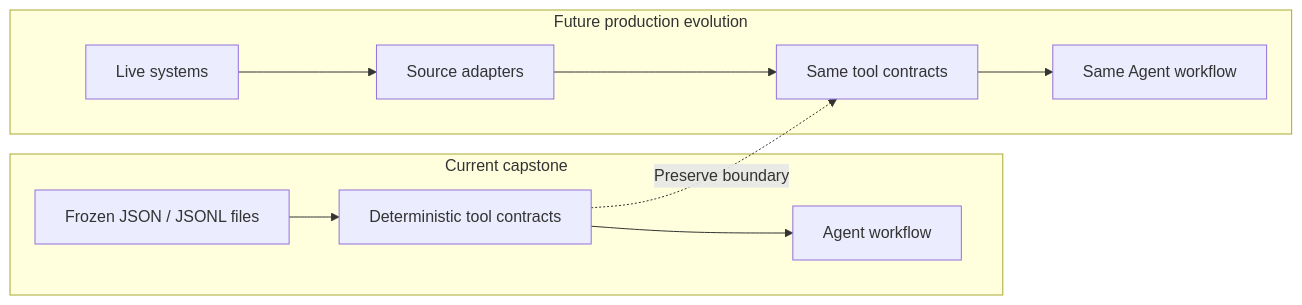
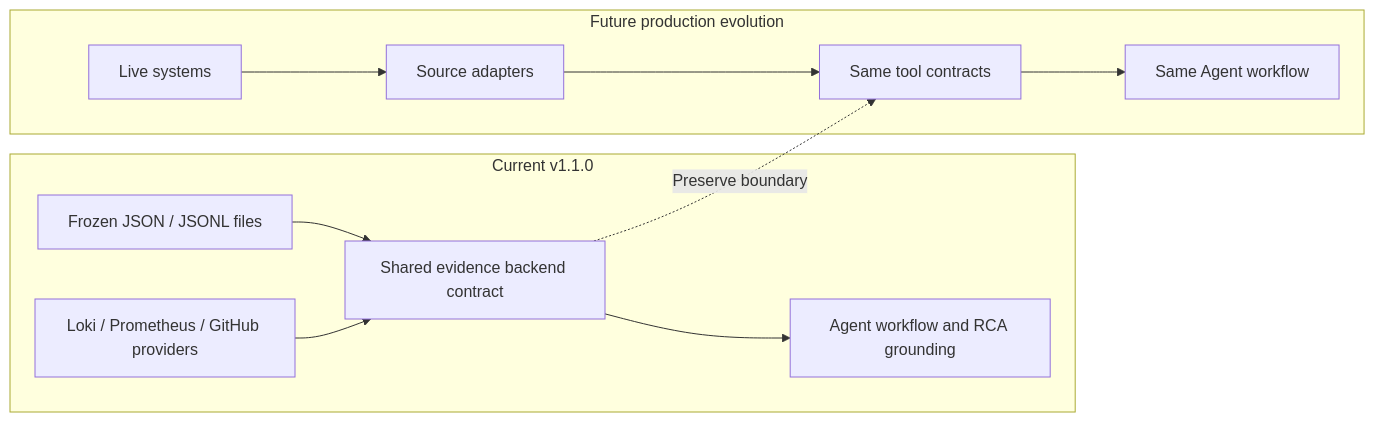
The eighth of 8 diagrams in docs/SYSTEM_DESIGN.md (gaganjawa/traceroot), drawn with Mermaid before and after one commit. The commit also changed other lines of this file and 4 other files, not shown here.

````diff
--- a/docs/SYSTEM_DESIGN.md
+++ b/docs/SYSTEM_DESIGN.md
@@ -432,13 +463,14 @@
 ```mermaid
 flowchart LR
-    subgraph CURRENT["Current capstone"]
-        F["Frozen JSON / JSONL files"] --> T["Deterministic tool contracts"]
-        T --> A["Agent workflow"]
+    subgraph CURRENT["Current v1.1.0"]
+        F["Frozen JSON / JSONL files"] --> T["Shared evidence backend contract"]
+        LP["Loki / Prometheus / GitHub providers"] --> T
+        T --> A["Agent workflow and RCA grounding"]
     end
     subgraph FUTURE["Future production evolution"]
         L["Live systems"] --> AD["Source adapters"]
         AD --> TC["Same tool contracts"]
         TC --> AW["Same Agent workflow"]
     end
     T -.->|Preserve boundary| TC
 ```
````
